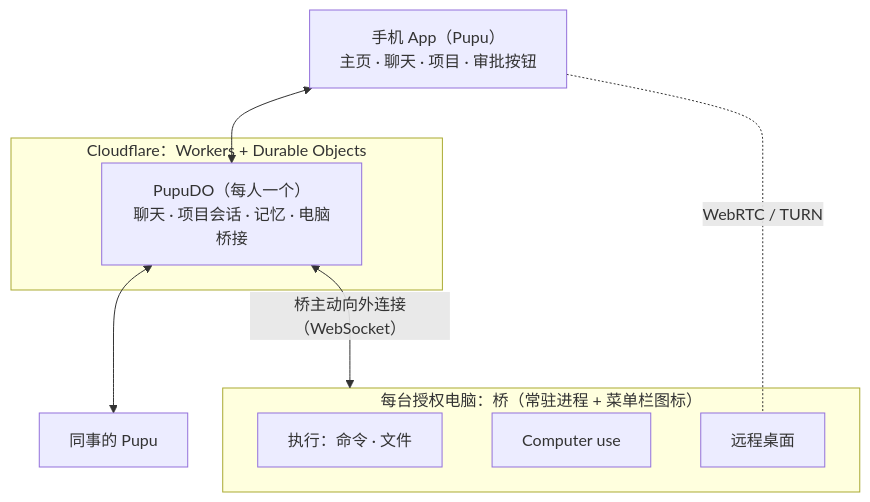
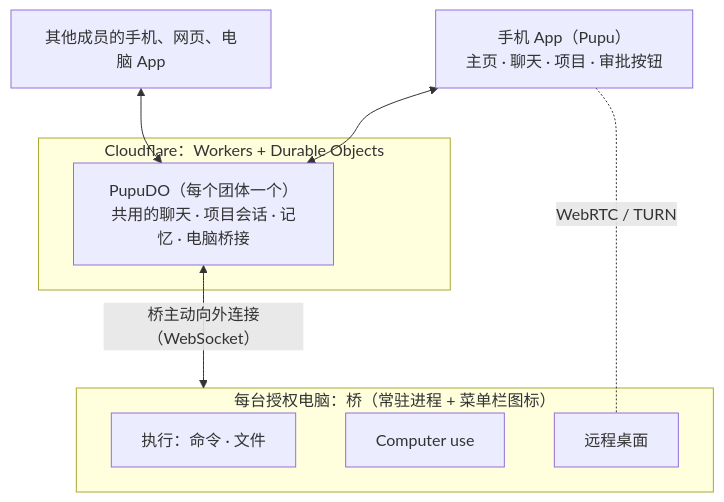
Before and after one commit to Hallalei/Pupu: the diagram in docs/需求说明.md, drawn with Mermaid. The commit also changed other lines of this file and 3 other files, not shown here.

````diff
--- a/docs/需求说明.md
+++ b/docs/需求说明.md
@@ -151,18 +199,18 @@
 ```mermaid
 flowchart TB
   phone["手机 App（Pupu）<br/>主页 · 聊天 · 项目 · 审批按钮"]
-  colleague["同事的 Pupu"]
+  members["其他成员的手机、网页、电脑 App"]
   subgraph cf["Cloudflare：Workers + Durable Objects"]
-    pupu["PupuDO（每人一个）<br/>聊天 · 项目会话 · 记忆 · 电脑桥接"]
+    pupu["PupuDO（每个团体一个）<br/>共用的聊天 · 项目会话 · 记忆 · 电脑桥接"]
   end
   subgraph pc["每台授权电脑：桥（常驻进程 + 菜单栏图标）"]
     exec["执行：命令 · 文件"]
     cu["Computer use"]
     rd["远程桌面"]
   end
 
   phone <--> pupu
-  pupu <--> colleague
+  members <--> pupu
   pupu <-- "桥主动向外连接（WebSocket）" --> pc
   phone -. "WebRTC / TURN" .- rd
 ```
````
